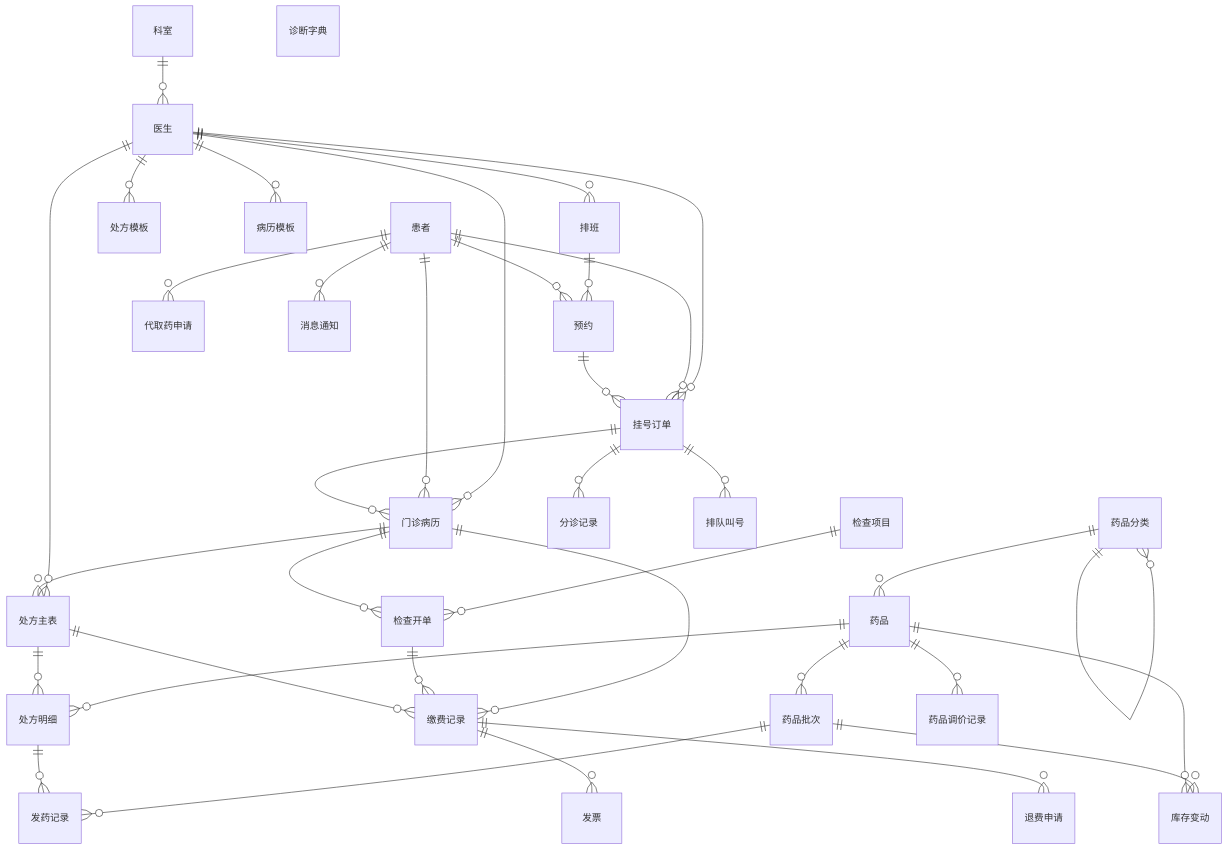
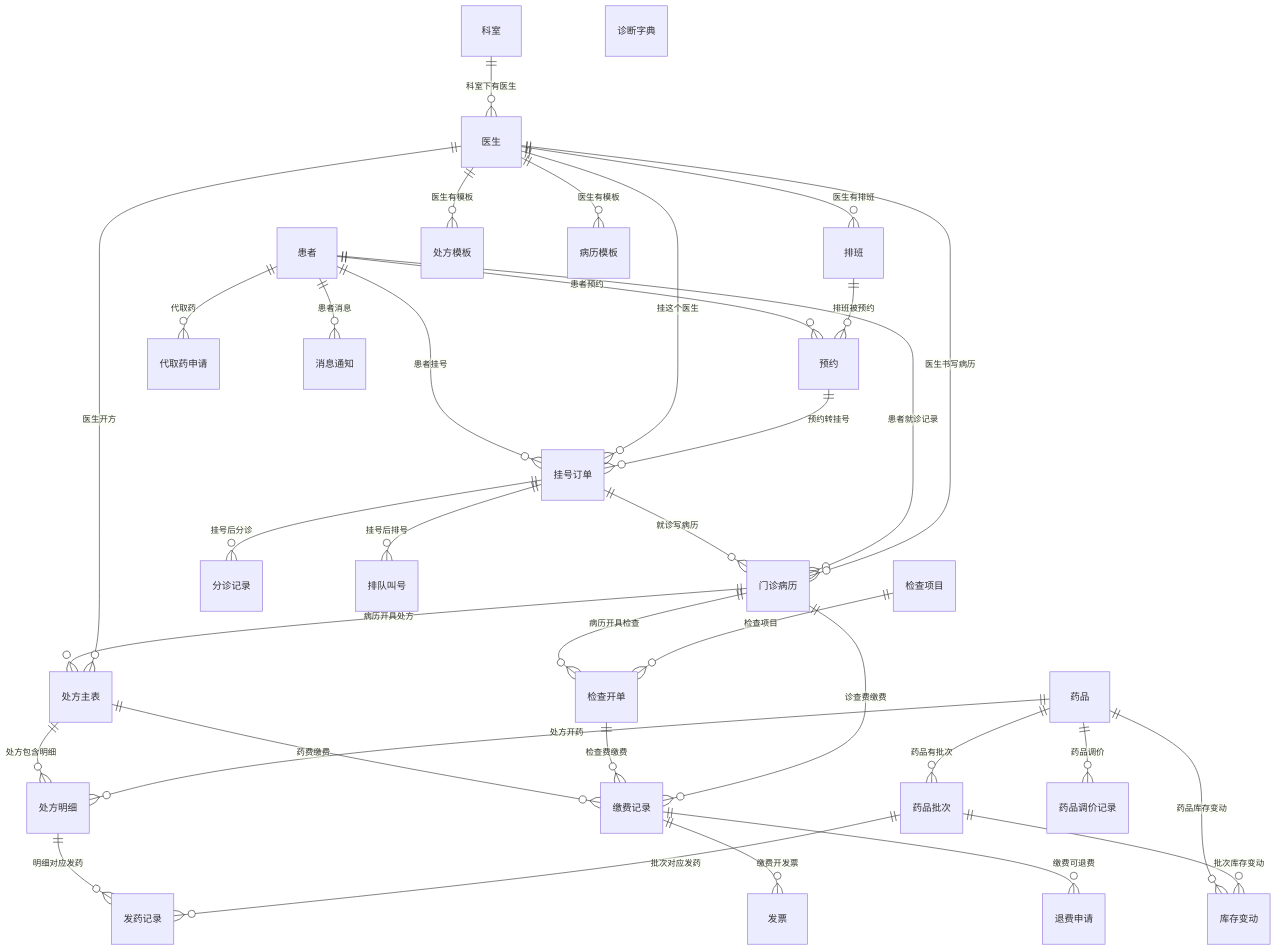
Before and after one commit to Luminary-max/hospital: the diagram in er-diagram.mmd, drawn with Mermaid.

Commit message:
重构ER图：按现实中医院业务流程设计

```diff
--- a/er-diagram.mmd
+++ b/er-diagram.mmd
@@ -1,115 +1,110 @@
 erDiagram
-    %% ===================================================================
-    %% 完全按照门诊业务实际流程设计
-    %% 流程：排班→预约→挂号→分诊/排队→就诊→开方/开检查→缴费→执行→票据
-    %% ===================================================================
-
-    %% 基础数据
+    %% ===== 基础数据 =====
     科室
     医生
     患者
     药品
-    药品分类
     检查项目
+    排班
     诊断字典
-    处方模板
-    病历模板
 
-    %% 第一步：排班预约
-    排班
+    %% ===== 排班预约 =====
     预约
 
-    %% 第二步：挂号
+    %% ===== 挂号 =====
     挂号订单
 
-    %% 第三步：诊前
+    %% ===== 诊前 =====
     分诊记录
     排队叫号
 
-    %% 第四步：就诊
+    %% ===== 医生接诊 =====
     门诊病历
 
-    %% 第五步：医生开立
+    %% ===== 医生开立 =====
     处方主表
     处方明细
     检查开单
 
-    %% 第六步：缴费
+    %% ===== 缴费 =====
     缴费记录
 
-    %% 第七步：执行
+    %% ===== 药房发药 =====
     发药记录
 
-    %% 第八步：票据
+    %% ===== 票据 =====
     发票
     退费申请
 
-    %% 辅助
+    %% ===== 辅助 =====
+    处方模板
+    病历模板
+    预约
     代取药申请
     消息通知
 
-    %% 库存
+    %% ===== 库存 =====
     药品批次
     库存变动
     药品调价记录
 
     %% ===================================================================
-    %% 关系：按流程顺序串联，不设中心枢纽
+    %% 关系定义（完全按照实际业务流程）
     %% ===================================================================
 
-    %% ── 基础 ──
-    科室 ||--o{ 医生 : ""
-    医生 ||--o{ 排班 : ""
+    %% 医院基础架构
+    科室 ||--o{ 医生 : "科室下有医生"
+    医生 ||--o{ 排班 : "医生有排班"
 
-    %% ── 第一步：排班 → 预约 ──
-    患者 ||--o{ 预约 : ""
-    排班 ||--o{ 预约 : ""
+    %% 预约
+    患者 ||--o{ 预约 : "患者预约"
+    排班 ||--o{ 预约 : "排班被预约"
 
-    %% ── 第二步：预约 → 挂号 ──
-    预约 ||--o{ 挂号订单 : ""
-    患者 ||--o{ 挂号订单 : ""
-    医生 ||--o{ 挂号订单 : ""
+    %% 挂号
+    患者 ||--o{ 挂号订单 : "患者挂号"
+    医生 ||--o{ 挂号订单 : "挂这个医生"
+    预约 ||--o{ 挂号订单 : "预约转挂号"
 
-    %% ── 第三步：挂号 → 诊前 ──
-    挂号订单 ||--o{ 分诊记录 : ""
-    挂号订单 ||--o{ 排队叫号 : ""
+    %% 诊前
+    挂号订单 ||--o{ 分诊记录 : "挂号后分诊"
+    挂号订单 ||--o{ 排队叫号 : "挂号后排号"
 
-    %% ── 第四步：挂号 → 就诊 ──
-    挂号订单 ||--o{ 门诊病历 : ""
-    患者 ||--o{ 门诊病历 : ""
-    医生 ||--o{ 门诊病历 : ""
+    %% 医生接诊写病历
+    挂号订单 ||--o{ 门诊病历 : "就诊写病历"
+    患者 ||--o{ 门诊病历 : "患者就诊记录"
+    医生 ||--o{ 门诊病历 : "医生书写病历"
 
-    %% ── 第五步：就诊 → 开立 ──
-    门诊病历 ||--o{ 处方主表 : ""
-    门诊病历 ||--o{ 检查开单 : ""
-    医生 ||--o{ 处方主表 : ""
-    处方主表 ||--o{ 处方明细 : ""
-    药品 ||--o{ 处方明细 : ""
-    检查项目 ||--o{ 检查开单 : ""
+    %% 医生开处方（基于病历的诊断）
+    门诊病历 ||--o{ 处方主表 : "病历开具处方"
+    医生 ||--o{ 处方主表 : "医生开方"
+    处方主表 ||--o{ 处方明细 : "处方包含明细"
+    药品 ||--o{ 处方明细 : "处方开药"
 
-    %% ── 第六步：开立 → 缴费 ──
-    处方主表 ||--o{ 缴费记录 : ""
-    检查开单 ||--o{ 缴费记录 : ""
-    门诊病历 ||--o{ 缴费记录 : ""
+    %% 医生开检查（基于病历的诊断）
+    门诊病历 ||--o{ 检查开单 : "病历开具检查"
+    检查项目 ||--o{ 检查开单 : "检查项目"
 
-    %% ── 第七步：缴费 → 执行 ──
-    处方明细 ||--o{ 发药记录 : ""
-    药品批次 ||--o{ 发药记录 : ""
+    %% 缴费（按费用来源）
+    处方主表 ||--o{ 缴费记录 : "药费缴费"
+    检查开单 ||--o{ 缴费记录 : "检查费缴费"
+    门诊病历 ||--o{ 缴费记录 : "诊查费缴费"
 
-    %% ── 第八步：缴费 → 票据 ──
-    缴费记录 ||--o{ 发票 : ""
-    缴费记录 ||--o{ 退费申请 : ""
+    %% 药房发药（执行处方）
+    处方明细 ||--o{ 发药记录 : "明细对应发药"
 
-    %% ── 库存 ──
-    药品 ||--o{ 药品批次 : ""
-    药品 ||--o{ 药品调价记录 : ""
-    药品 ||--o{ 库存变动 : ""
-    药品分类 ||--o{ 药品分类 : ""
-    药品分类 ||--o{ 药品 : ""
-    药品批次 ||--o{ 库存变动 : ""
+    %% 票据
+    缴费记录 ||--o{ 发票 : "缴费开发票"
+    缴费记录 ||--o{ 退费申请 : "缴费可退费"
 
-    %% ── 辅助 ──
-    医生 ||--o{ 处方模板 : ""
-    医生 ||--o{ 病历模板 : ""
-    患者 ||--o{ 消息通知 : ""
-    患者 ||--o{ 代取药申请 : ""
+    %% 库存
+    药品 ||--o{ 药品批次 : "药品有批次"
+    药品批次 ||--o{ 发药记录 : "批次对应发药"
+    药品 ||--o{ 库存变动 : "药品库存变动"
+    药品批次 ||--o{ 库存变动 : "批次库存变动"
+    药品 ||--o{ 药品调价记录 : "药品调价"
+
+    %% 辅助
+    医生 ||--o{ 处方模板 : "医生有模板"
+    医生 ||--o{ 病历模板 : "医生有模板"
+    患者 ||--o{ 消息通知 : "患者消息"
+    患者 ||--o{ 代取药申请 : "代取药"
```
